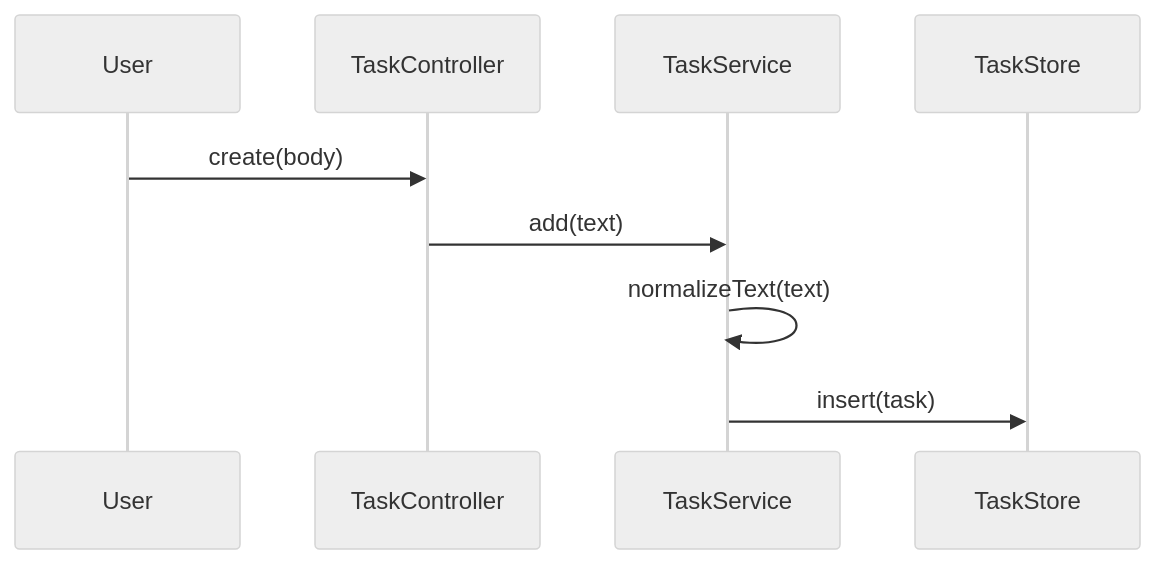
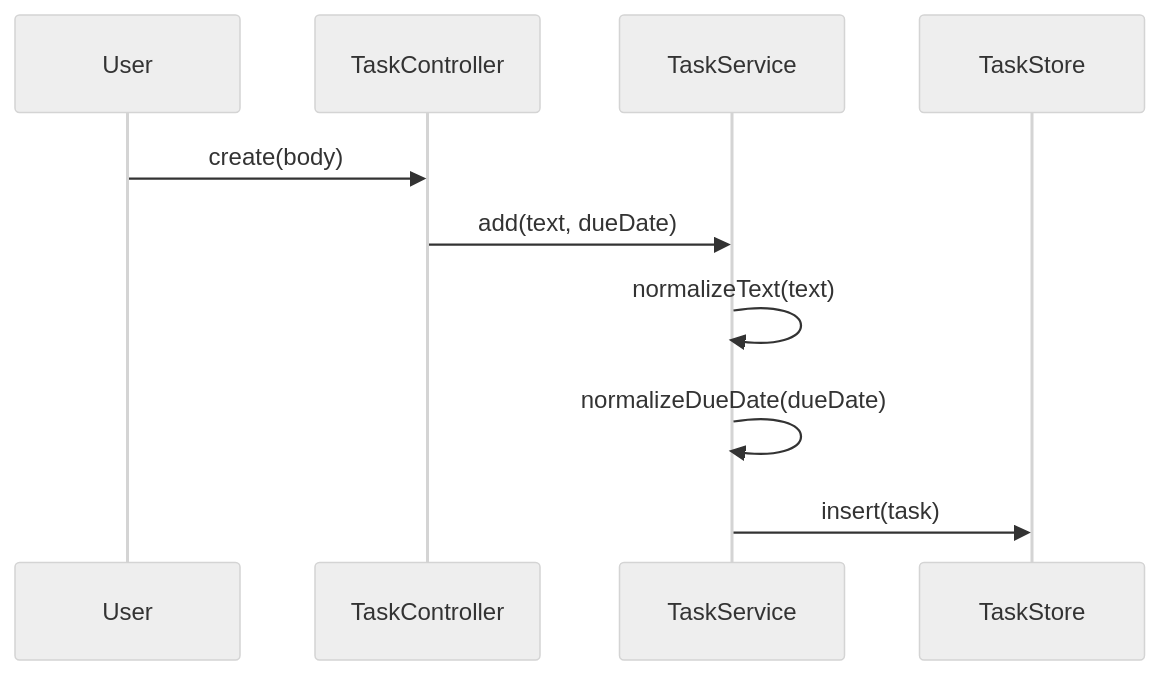
Before and after one commit to Benjam1nP/AISE: the fourth of 8 diagrams in showcases/todo/docs/design.md, drawn with Mermaid (neutral theme). The commit also changed other lines of this file and 74 other files, not shown here.

Commit message:
showcase todo: P7 ticket TCK-001 due date, closed with change report; evidence and changelog

````diff
--- a/showcases/todo/docs/design.md
+++ b/showcases/todo/docs/design.md
@@ -89,11 +99,12 @@
 ```mermaid
 sequenceDiagram
   participant ACT_001 as User
   participant DSN_006 as TaskController
   participant DSN_007 as TaskService
   participant DSN_008 as TaskStore
   ACT_001->>DSN_006: create(body)
-  DSN_006->>DSN_007: add(text)
+  DSN_006->>DSN_007: add(text, dueDate)
   DSN_007->>DSN_007: normalizeText(text)
+  DSN_007->>DSN_007: normalizeDueDate(dueDate)
   DSN_007->>DSN_008: insert(task)
 ```
````
